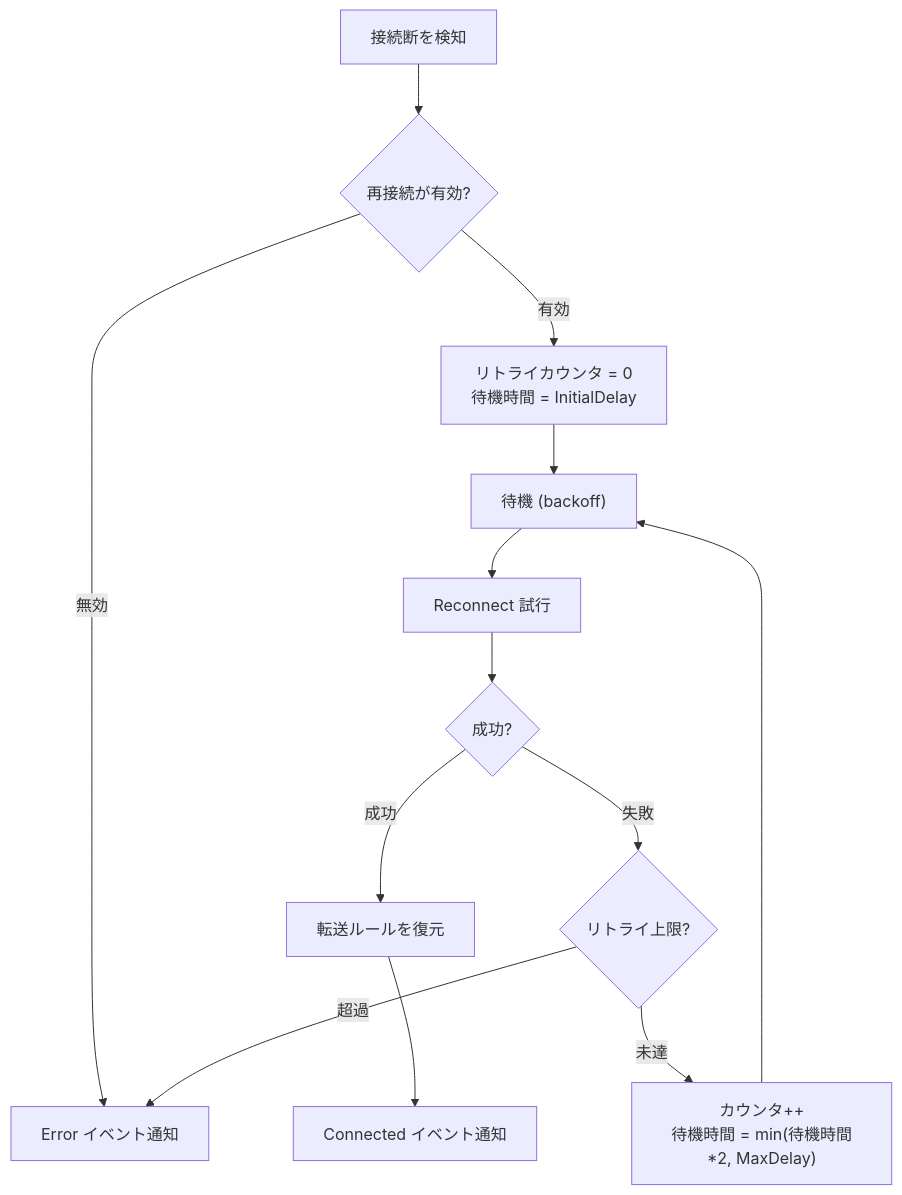
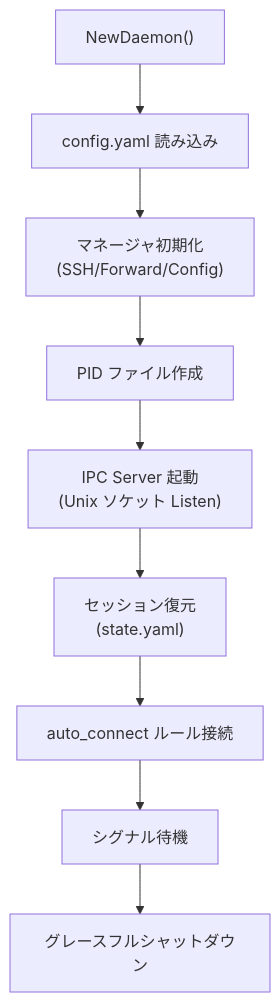
One commit to ousiassllc/MolePort changed the second of 5 diagrams in docs/components/overview.md. Above: the diagram before and after it, drawn with Mermaid. The commit also changed other lines of this file, not shown here.

Commit message:
docs: コンポーネント設計にDaemon/IPC/CLI Layerを追加

````diff
--- a/docs/components/overview.md
+++ b/docs/components/overview.md
@@ -100,18 +139,11 @@
 ```mermaid
 flowchart TD
-    Detect["接続断を検知"] --> Check{再接続が有効?}
-    Check -->|無効| Notify["Error イベント通知"]
-    Check -->|有効| Init["リトライカウンタ = 0<br/>待機時間 = InitialDelay"]
-
-    Init --> Wait["待機 (backoff)"]
-    Wait --> Retry["Reconnect 試行"]
-    Retry --> Result{成功?}
-
-    Result -->|成功| Restore["転送ルールを復元"]
-    Restore --> Done["Connected イベント通知"]
-
-    Result -->|失敗| CountCheck{リトライ上限?}
-    CountCheck -->|未達| Backoff["カウンタ++<br/>待機時間 = min(待機時間*2, MaxDelay)"]
-    Backoff --> Wait
-    CountCheck -->|超過| Notify
+    New["NewDaemon()"] --> LoadCfg["config.yaml 読み込み"]
+    LoadCfg --> InitMgr["マネージャ初期化<br/>(SSH/Forward/Config)"]
+    InitMgr --> PID["PID ファイル作成"]
+    PID --> IPC["IPC Server 起動<br/>(Unix ソケット Listen)"]
+    IPC --> Restore["セッション復元<br/>(state.yaml)"]
+    Restore --> Auto["auto_connect ルール接続"]
+    Auto --> Wait["シグナル待機"]
+    Wait --> Shutdown["グレースフルシャットダウン"]
 ```
````
